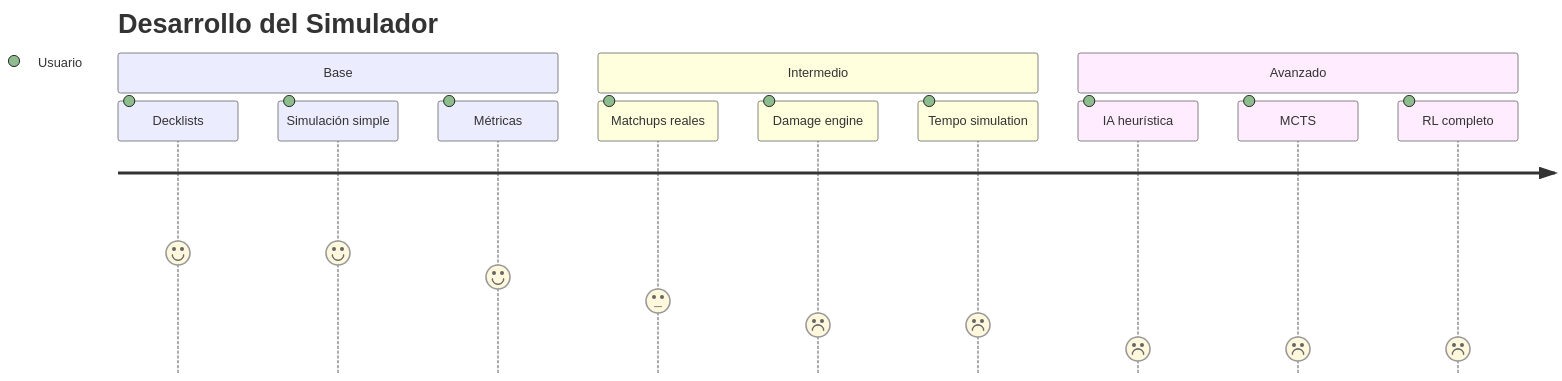
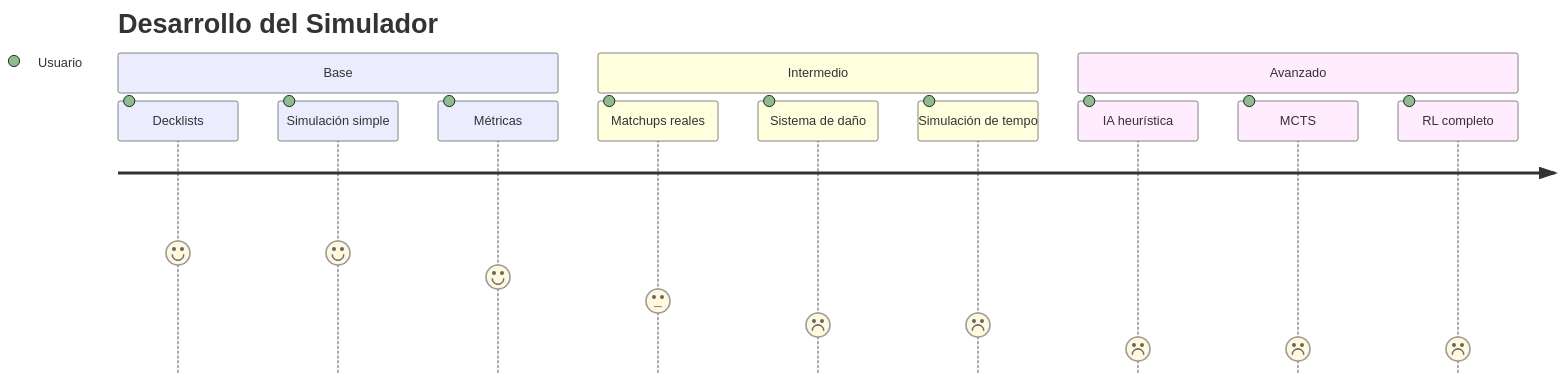
One commit to sdg1309/SimulacionPTCG changed the fourth of 4 diagrams in README.md. Above: the diagram before and after it, drawn with Mermaid. The commit also changed other lines of this file, not shown here.

````diff
--- a/README.md
+++ b/README.md
@@ -368,19 +368,19 @@
 ```mermaid
 journey
     title Desarrollo del Simulador
 
     section Base
       Decklists: 5: Usuario
       Simulación simple: 5: Usuario
       Métricas: 4: Usuario
 
     section Intermedio
       Matchups reales: 3: Usuario
-      Damage engine: 2: Usuario
-      Tempo simulation: 2: Usuario
+      Sistema de daño: 2: Usuario
+      Simulación de tempo: 2: Usuario
 
     section Avanzado
       IA heurística: 1: Usuario
       MCTS: 1: Usuario
       RL completo: 1: Usuario
 ```
````
